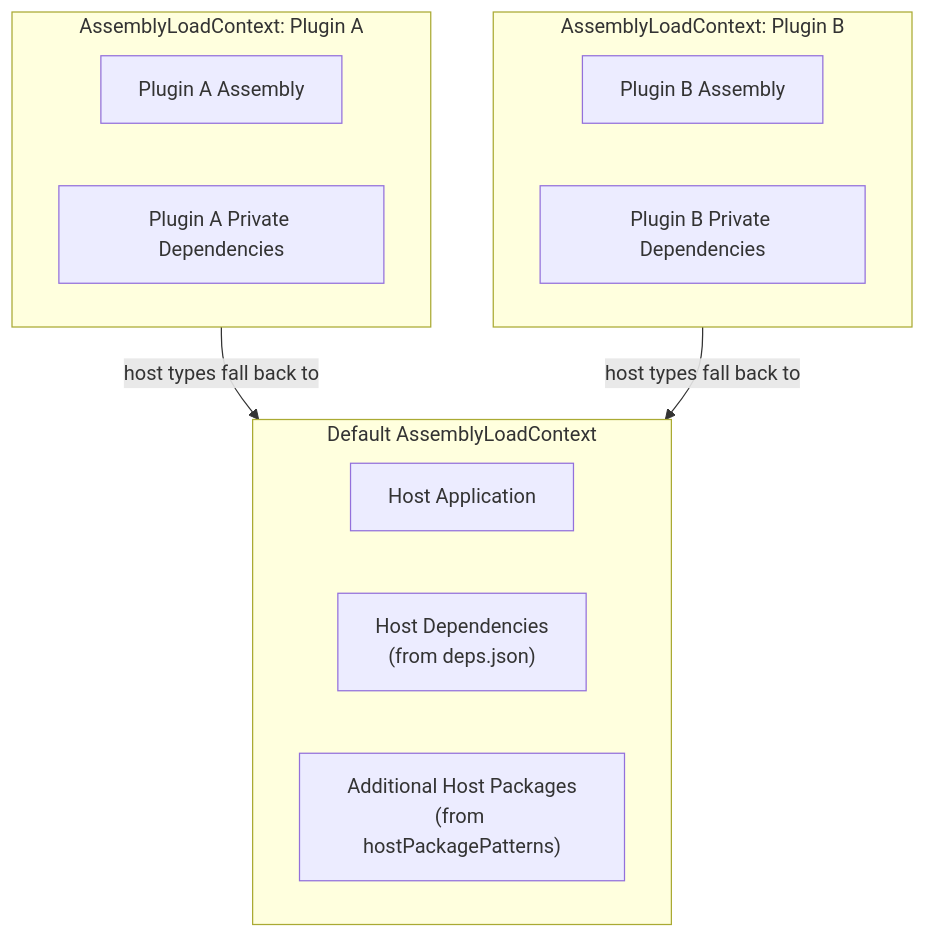
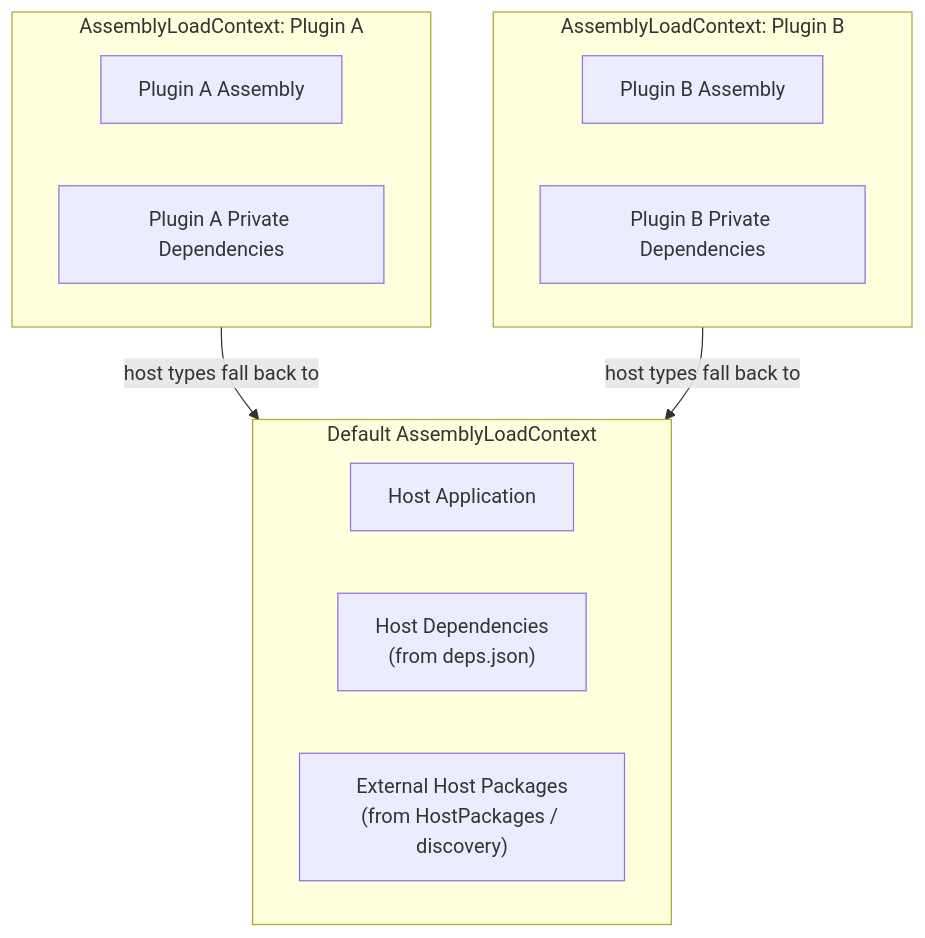
One commit to RicoSuter/Namotion.Interceptor changed the second of 2 diagrams in src/HomeBlaze/Namotion.NuGet.Plugins/README.md. Above: the diagram before and after it, drawn with Mermaid. The commit also changed other lines of this file and 58 other files, not shown here.

First line of the commit message:
feature: Add automatic host-shared package discovery and enrich plugin metadata

````diff
--- a/src/HomeBlaze/Namotion.NuGet.Plugins/README.md
+++ b/src/HomeBlaze/Namotion.NuGet.Plugins/README.md
@@ -241,21 +359,21 @@
 ```mermaid
 flowchart TB
     subgraph DefaultALC["Default AssemblyLoadContext"]
         HostApp["Host Application"]
         HostDeps["Host Dependencies\n(from deps.json)"]
-        AdditionalHost["Additional Host Packages\n(from hostPackagePatterns)"]
+        ExternalHost["External Host Packages\n(from HostPackages / discovery)"]
     end
 
     subgraph ALC_A["AssemblyLoadContext: Plugin A"]
         PluginA["Plugin A Assembly"]
         PrivateA["Plugin A Private Dependencies"]
     end
 
     subgraph ALC_B["AssemblyLoadContext: Plugin B"]
         PluginB["Plugin B Assembly"]
         PrivateB["Plugin B Private Dependencies"]
     end
 
     ALC_A -- "host types fall back to" --> DefaultALC
     ALC_B -- "host types fall back to" --> DefaultALC
 ```
````
